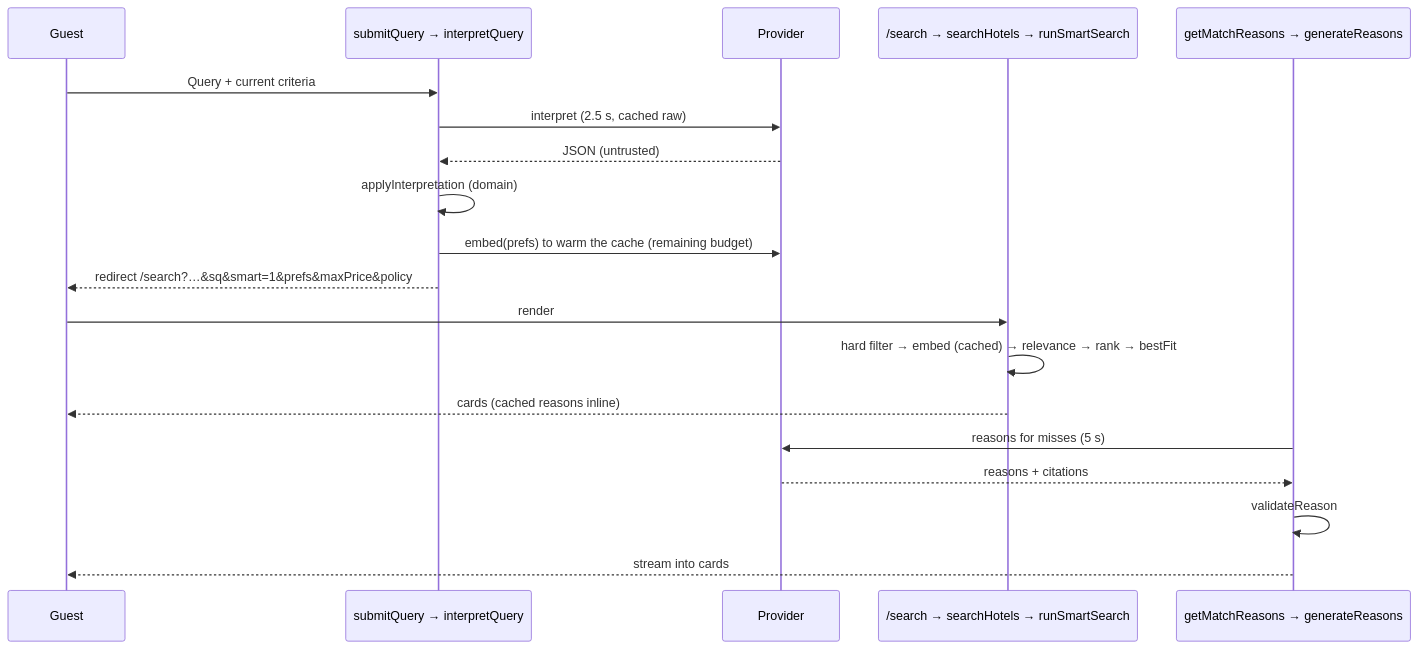
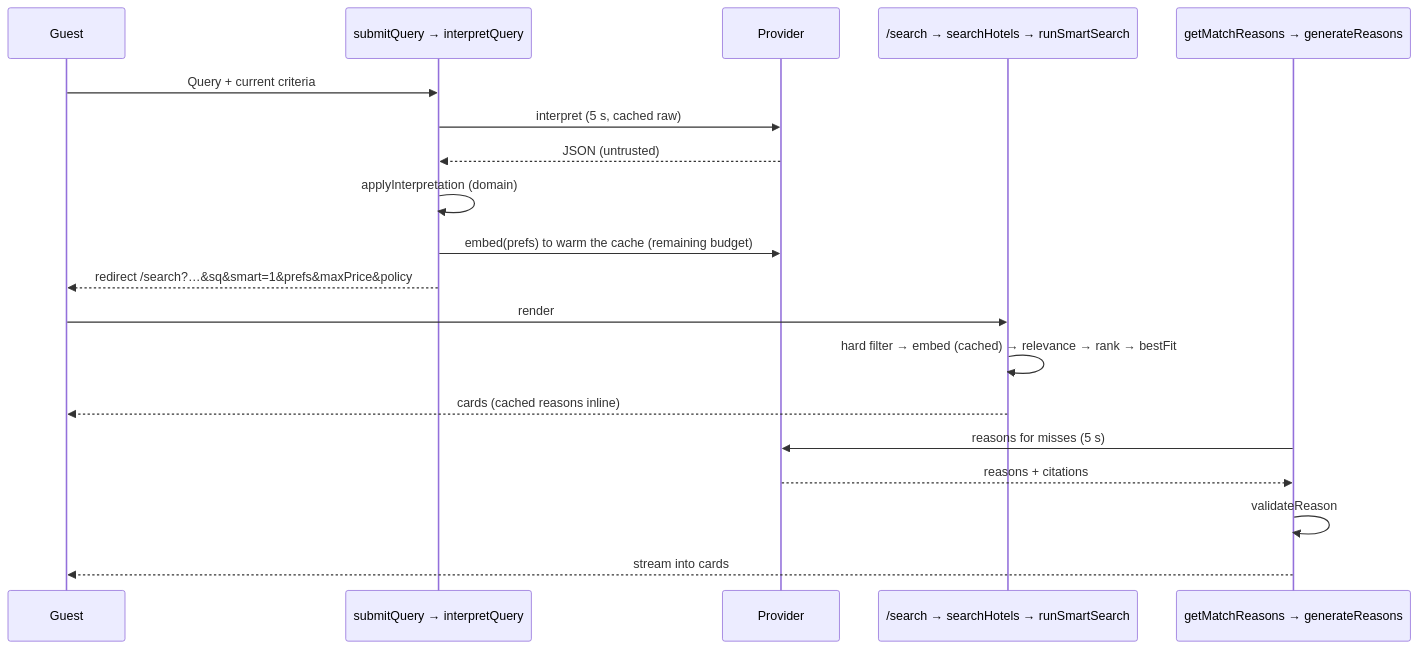
One commit to Dynamic-Visual-Technologies-PTY-LTD/checkinn changed the fourth of 5 diagrams in _bmad-output/initiative-checkinn-smart-search/architecture-smart-search/architecture-smart-search.md. Above: the diagram before and after it, drawn with Mermaid. The commit also changed other lines of this file and 4 other files, not shown here.

````diff
--- a/_bmad-output/initiative-checkinn-smart-search/architecture-smart-search/architecture-smart-search.md
+++ b/_bmad-output/initiative-checkinn-smart-search/architecture-smart-search/architecture-smart-search.md
@@ -498,21 +498,21 @@
 ```mermaid
 sequenceDiagram
   participant G as Guest
   participant A as submitQuery → interpretQuery
   participant P as Provider
   participant S as /search → searchHotels → runSmartSearch
   participant R as getMatchReasons → generateReasons
   G->>A: Query + current criteria
-  A->>P: interpret (2.5 s, cached raw)
+  A->>P: interpret (5 s, cached raw)
   P-->>A: JSON (untrusted)
   A->>A: applyInterpretation (domain)
   A->>P: embed(prefs) to warm the cache (remaining budget)
   A-->>G: redirect /search?…&sq&smart=1&prefs&maxPrice&policy
   G->>S: render
   S->>S: hard filter → embed (cached) → relevance → rank → bestFit
   S-->>G: cards (cached reasons inline)
   R->>P: reasons for misses (5 s)
   P-->>R: reasons + citations
   R->>R: validateReason
   R-->>G: stream into cards
 ```
````
